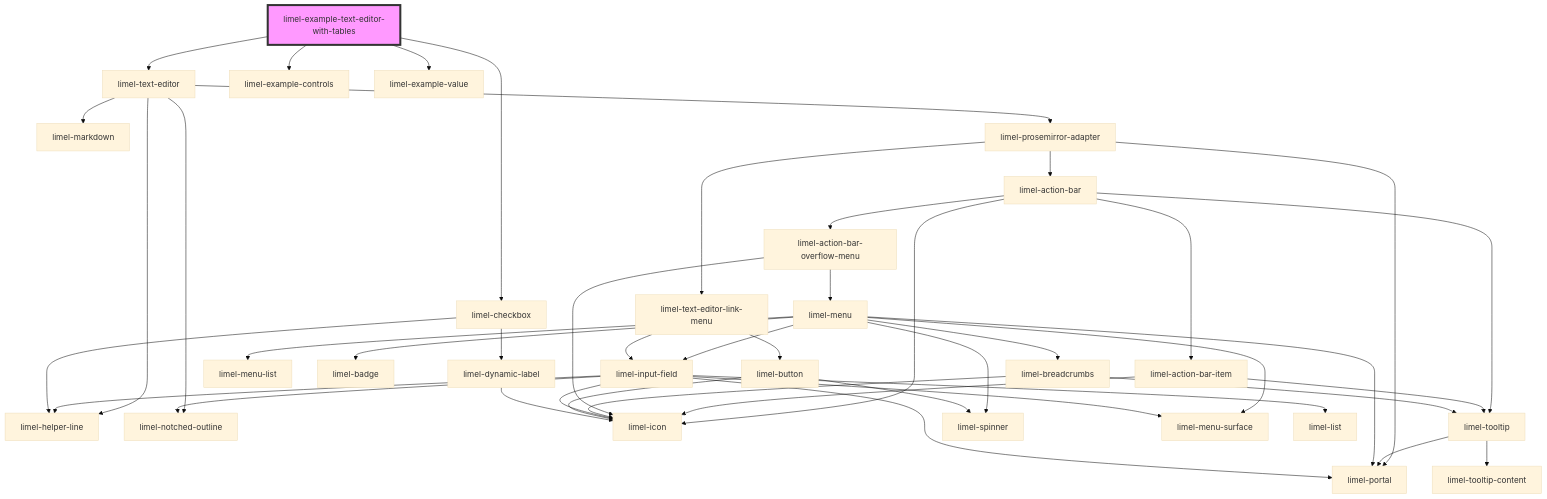
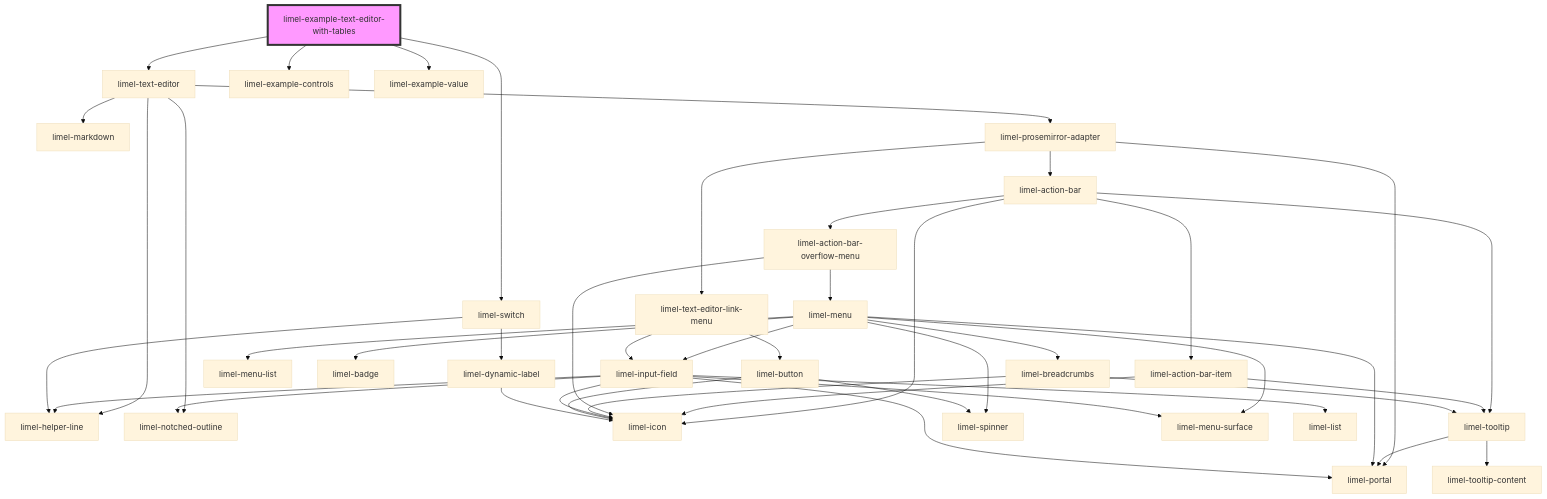
Before and after one commit to Lundalogik/lime-elements: the diagram in versions/PR-3752/markdown-docs/components/text-editor/examples/readme.md, drawn with Mermaid (base theme). The commit also changed other lines of this file and 15 other files, not shown here.

````diff
--- a/versions/PR-3752/markdown-docs/components/text-editor/examples/readme.md
+++ b/versions/PR-3752/markdown-docs/components/text-editor/examples/readme.md
@@ -28,47 +28,47 @@
 ```mermaid
 graph TD;
   limel-example-text-editor-with-tables --> limel-text-editor
   limel-example-text-editor-with-tables --> limel-example-controls
-  limel-example-text-editor-with-tables --> limel-checkbox
+  limel-example-text-editor-with-tables --> limel-switch
   limel-example-text-editor-with-tables --> limel-example-value
   limel-text-editor --> limel-helper-line
   limel-text-editor --> limel-notched-outline
   limel-text-editor --> limel-markdown
   limel-text-editor --> limel-prosemirror-adapter
   limel-prosemirror-adapter --> limel-action-bar
   limel-prosemirror-adapter --> limel-portal
   limel-prosemirror-adapter --> limel-text-editor-link-menu
   limel-action-bar --> limel-action-bar-item
   limel-action-bar --> limel-action-bar-overflow-menu
   limel-action-bar --> limel-icon
   limel-action-bar --> limel-tooltip
   limel-action-bar-item --> limel-icon
   limel-action-bar-item --> limel-tooltip
   limel-tooltip --> limel-portal
   limel-tooltip --> limel-tooltip-content
   limel-action-bar-overflow-menu --> limel-icon
   limel-action-bar-overflow-menu --> limel-menu
   limel-menu --> limel-spinner
   limel-menu --> limel-breadcrumbs
   limel-menu --> limel-input-field
   limel-menu --> limel-menu-list
   limel-menu --> limel-badge
   limel-menu --> limel-portal
   limel-menu --> limel-menu-surface
   limel-breadcrumbs --> limel-icon
   limel-breadcrumbs --> limel-tooltip
   limel-input-field --> limel-helper-line
   limel-input-field --> limel-icon
   limel-input-field --> limel-portal
   limel-input-field --> limel-menu-surface
   limel-input-field --> limel-list
   limel-input-field --> limel-notched-outline
   limel-text-editor-link-menu --> limel-input-field
   limel-text-editor-link-menu --> limel-button
   limel-button --> limel-icon
   limel-button --> limel-spinner
-  limel-checkbox --> limel-dynamic-label
-  limel-checkbox --> limel-helper-line
+  limel-switch --> limel-helper-line
+  limel-switch --> limel-dynamic-label
   limel-dynamic-label --> limel-icon
   style limel-example-text-editor-with-tables fill:#f9f,stroke:#333,stroke-width:4px
 ```
````
